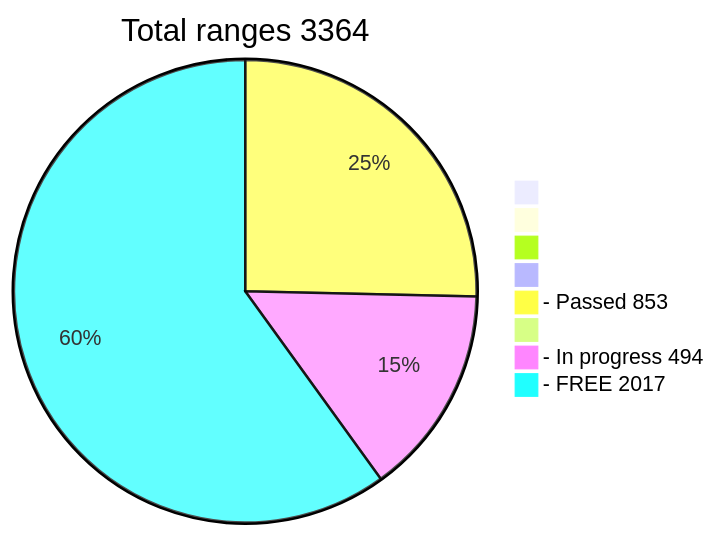
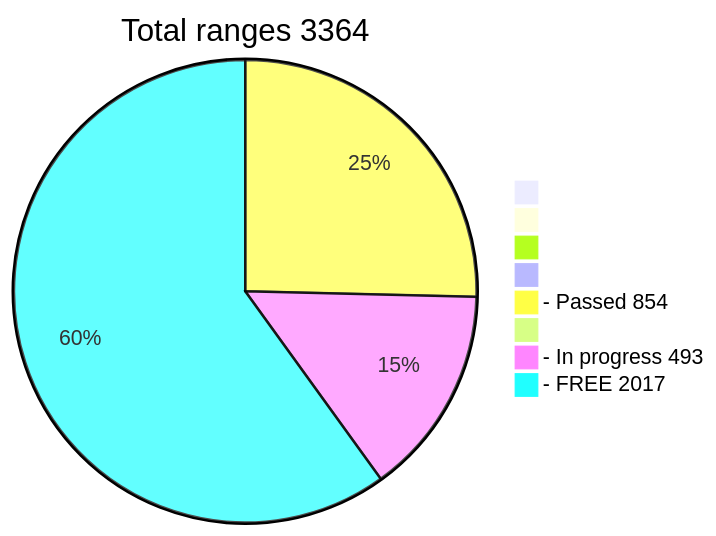
One commit to phrutis/wif500 changed the diagram in README.md. Above: the diagram before and after it, drawn with Mermaid.

````diff
--- a/README.md
+++ b/README.md
@@ -16,11 +16,11 @@
 ```mermaid
 pie title Total ranges 3364
              " " : 0
             "  " : 0
            "   " : 0
           "    " : 0
-  "- Passed 853" : 853
+  "- Passed 854" : 854
          "     " : 0
-  "- In progress 494" : 494
+  "- In progress 493" : 493
    "- FREE 2017" : 2017
 ```
````
